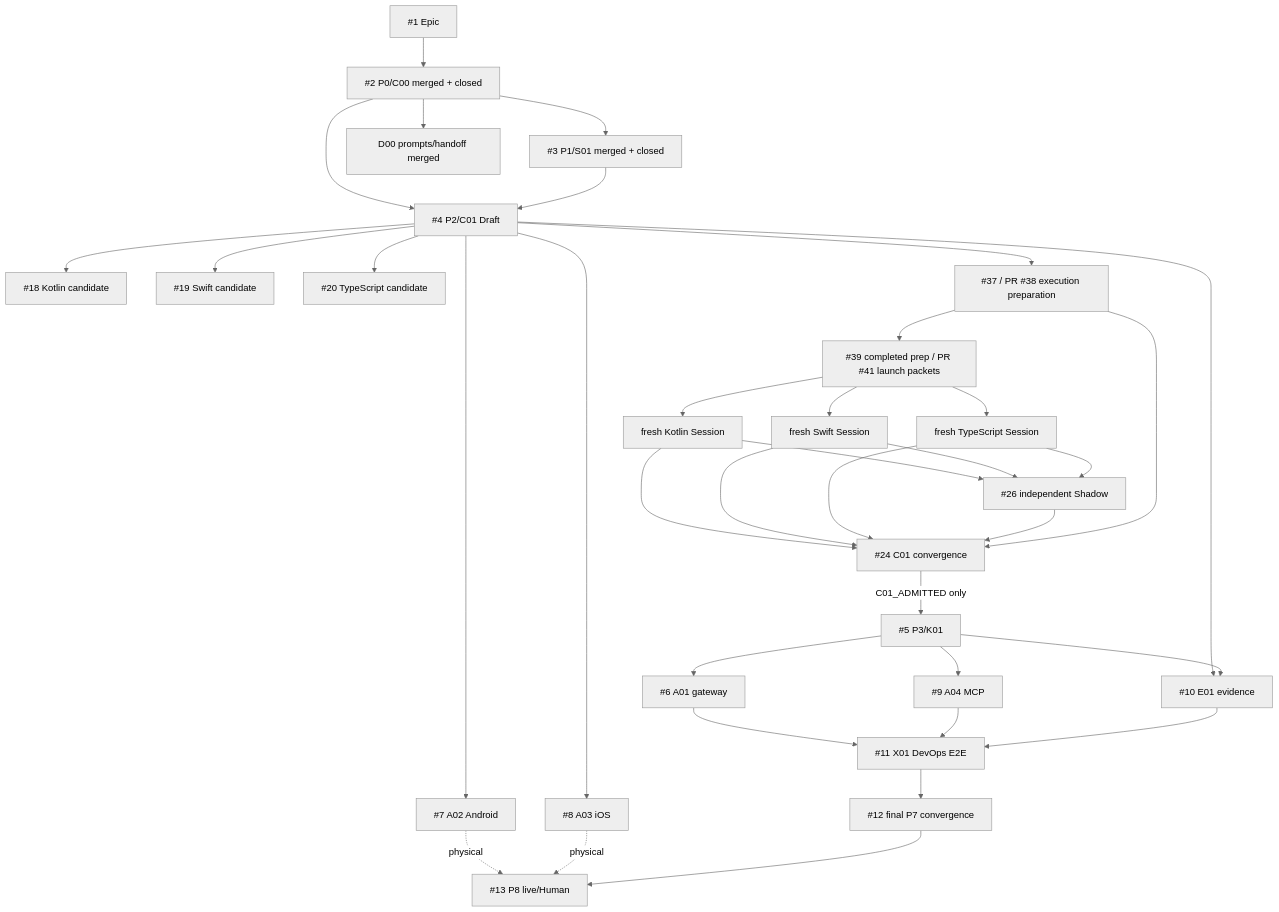
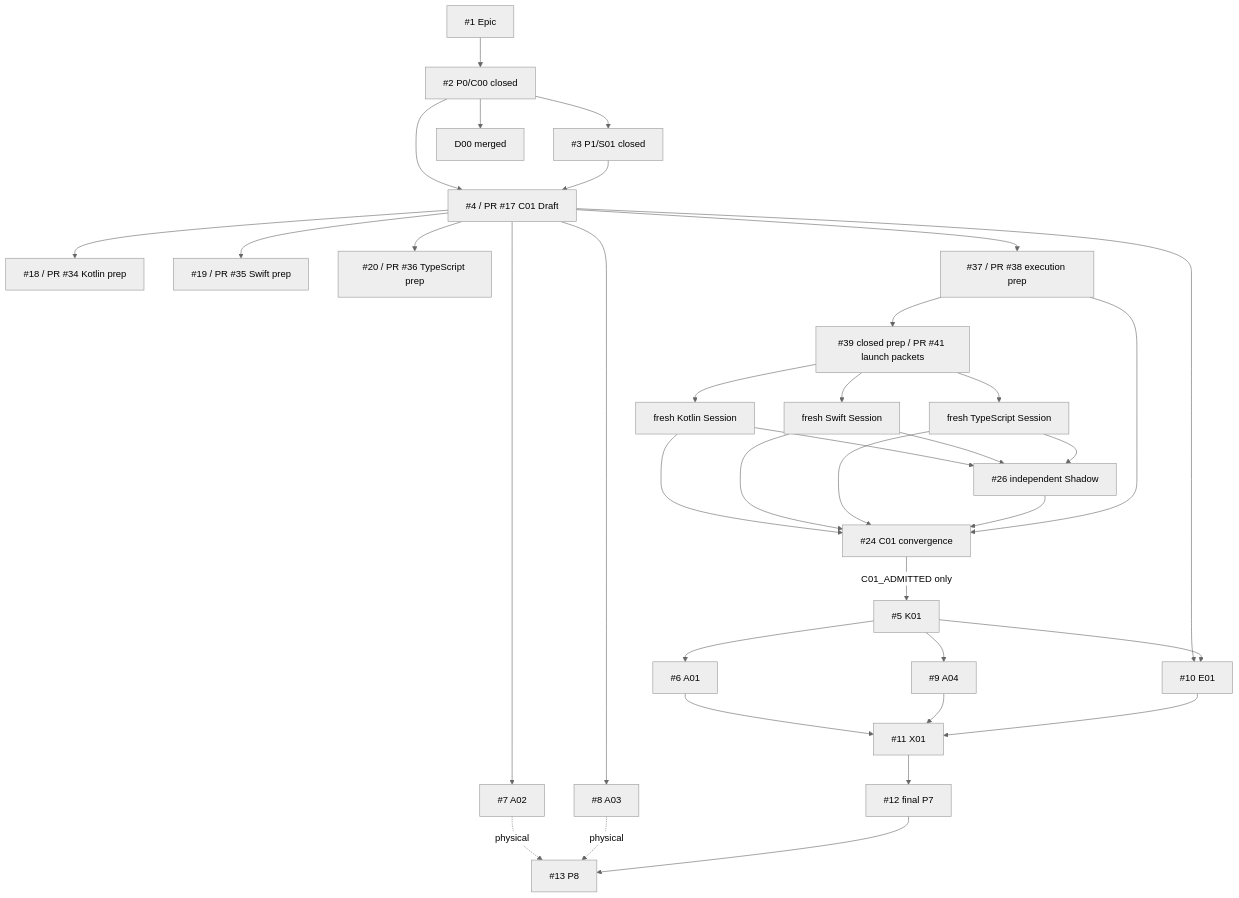
Before and after one commit to ed3c/ActionGate: the diagram in README.md, drawn with Mermaid (neutral theme). The commit also changed other lines of this file and 8 other files, not shown here.

````diff
--- a/README.md
+++ b/README.md
@@ -81,41 +92,42 @@
 ```mermaid
 flowchart TD
-  I1["#1 Epic"] --> I2["#2 P0/C00 merged + closed"]
-  I2 --> I3["#3 P1/S01 merged + closed"]
-  I2 --> D00["D00 prompts/handoff merged"]
-  I2 --> I4["#4 P2/C01 Draft"]
-  I3 --> I4
+  E["#1 Epic"] --> P0["#2 P0/C00 closed"]
+  P0 --> P1["#3 P1/S01 closed"]
+  P0 --> D0["D00 merged"]
+  P0 --> C01["#4 / PR #17 C01 Draft"]
+  P1 --> C01
 
-  I4 --> K["#18 Kotlin candidate"]
-  I4 --> S["#19 Swift candidate"]
-  I4 --> T["#20 TypeScript candidate"]
-  I4 --> EP["#37 / PR #38 execution preparation"]
-  EP --> LP["#39 completed prep / PR #41 launch packets"]
+  C01 --> K["#18 / PR #34 Kotlin prep"]
+  C01 --> S["#19 / PR #35 Swift prep"]
+  C01 --> T["#20 / PR #36 TypeScript prep"]
+  C01 --> EP["#37 / PR #38 execution prep"]
+  EP --> LP["#39 closed prep / PR #41 launch packets"]
 
   LP --> KS["fresh Kotlin Session"]
   LP --> SS["fresh Swift Session"]
   LP --> TS["fresh TypeScript Session"]
+
   KS --> SH["#26 independent Shadow"]
   SS --> SH
   TS --> SH
   KS --> CV["#24 C01 convergence"]
   SS --> CV
   TS --> CV
   SH --> CV
   EP --> CV
 
-  CV -->|C01_ADMITTED only| I5["#5 P3/K01"]
-  I5 --> I6["#6 A01 gateway"]
-  I4 --> I7["#7 A02 Android"]
-  I4 --> I8["#8 A03 iOS"]
-  I5 --> I9["#9 A04 MCP"]
-  I4 --> I10["#10 E01 evidence"]
-  I5 --> I10
-  I6 --> I11["#11 X01 DevOps E2E"]
-  I9 --> I11
-  I10 --> I11
-  I11 --> I12["#12 final P7 convergence"]
-  I7 -. physical .-> I13["#13 P8 live/Human"]
-  I8 -. physical .-> I13
-  I12 --> I13
+  CV -->|C01_ADMITTED only| CORE["#5 K01"]
+  CORE --> GW["#6 A01"]
+  C01 --> AND["#7 A02"]
+  C01 --> IOS["#8 A03"]
+  CORE --> MCP["#9 A04"]
+  C01 --> EV["#10 E01"]
+  CORE --> EV
+  GW --> E2E["#11 X01"]
+  MCP --> E2E
+  EV --> E2E
+  E2E --> CONV["#12 final P7"]
+  AND -. physical .-> H["#13 P8"]
+  IOS -. physical .-> H
+  CONV --> H
 ```
````
